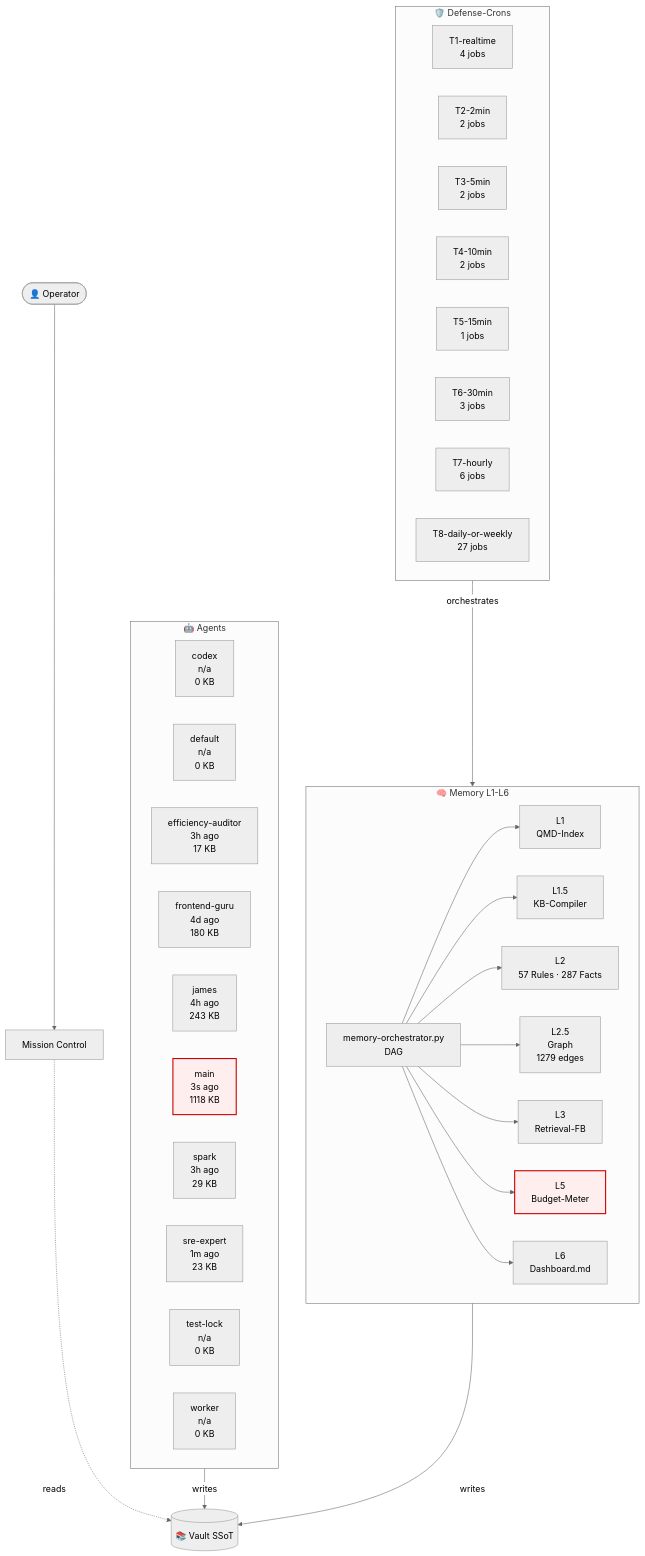
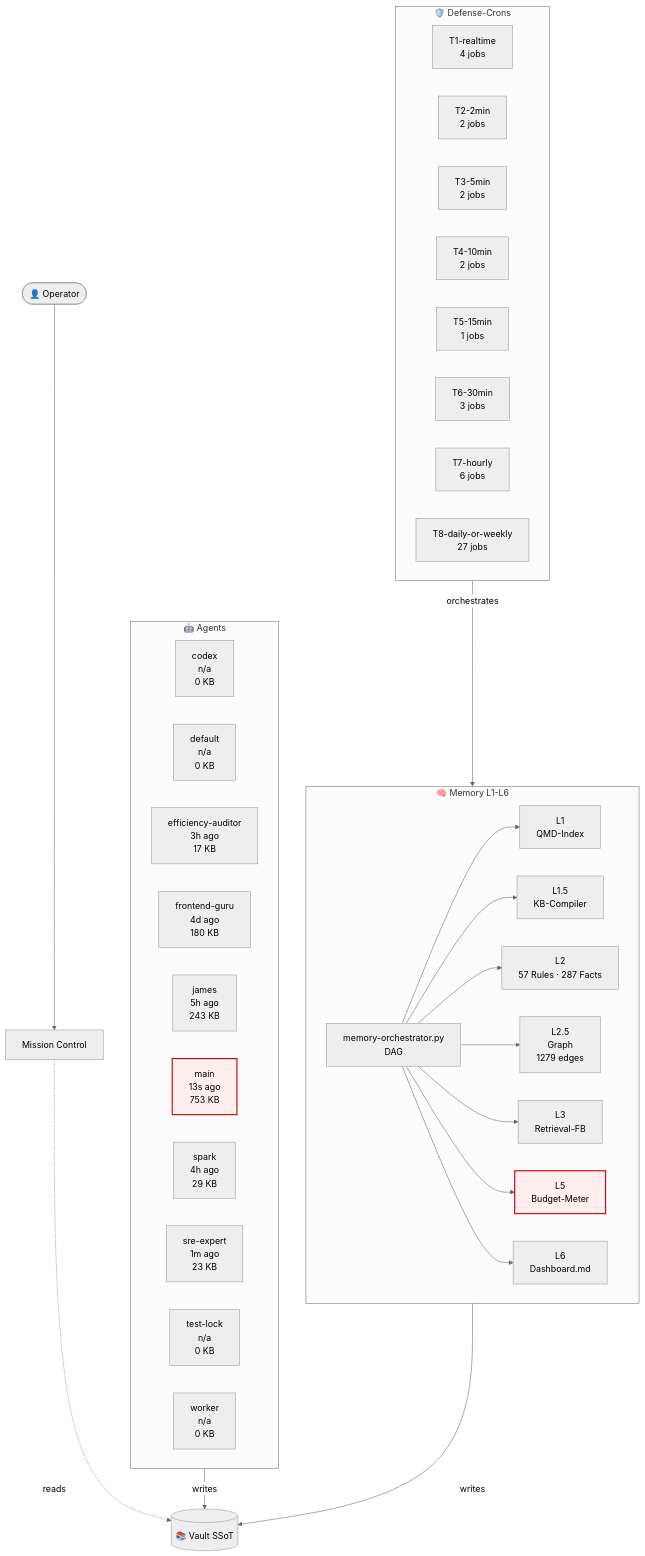
One commit to lenardhuebner88-rgb/openclaw-memory changed the diagram in 03-Agents/architecture-live.md. Above: the diagram before and after it, drawn with Mermaid (neutral theme). The commit also changed other lines of this file and 21 other files, not shown here.

````diff
--- a/03-Agents/architecture-live.md
+++ b/03-Agents/architecture-live.md
@@ -18,53 +18,53 @@
 ```mermaid
 flowchart TB
     classDef critical fill:#fee,stroke:#c00,stroke-width:2px;
     subgraph AGT["🤖 Agents"]
         agent_codex["codex<br/>n/a<br/>0 KB"]
         agent_default["default<br/>n/a<br/>0 KB"]
         agent_efficiency_auditor["efficiency-auditor<br/>3h ago<br/>17 KB"]
         agent_frontend_guru["frontend-guru<br/>4d ago<br/>180 KB"]
-        agent_james["james<br/>4h ago<br/>243 KB"]
-        agent_main["main<br/>3s ago<br/>1118 KB"]
-        agent_spark["spark<br/>3h ago<br/>29 KB"]
+        agent_james["james<br/>5h ago<br/>243 KB"]
+        agent_main["main<br/>13s ago<br/>753 KB"]
+        agent_spark["spark<br/>4h ago<br/>29 KB"]
         agent_sre_expert["sre-expert<br/>1m ago<br/>23 KB"]
         agent_test_lock["test-lock<br/>n/a<br/>0 KB"]
         agent_worker["worker<br/>n/a<br/>0 KB"]
     end
     subgraph MEM["🧠 Memory L1-L6"]
         L1["L1<br/>QMD-Index"]
         L15["L1.5<br/>KB-Compiler"]
         L2["L2<br/>57 Rules · 287 Facts"]
         L25["L2.5<br/>Graph<br/>1279 edges"]
         L3["L3<br/>Retrieval-FB"]
         L5["L5<br/>Budget-Meter"]
         L6["L6<br/>Dashboard.md"]
         ORCH["memory-orchestrator.py<br/>DAG"]
     end
     subgraph CRN["🛡️ Defense-Crons"]
         tier_T1_realtime["T1-realtime<br/>4 jobs"]
         tier_T2_2min["T2-2min<br/>2 jobs"]
         tier_T3_5min["T3-5min<br/>2 jobs"]
         tier_T4_10min["T4-10min<br/>2 jobs"]
         tier_T5_15min["T5-15min<br/>1 jobs"]
         tier_T6_30min["T6-30min<br/>3 jobs"]
         tier_T7_hourly["T7-hourly<br/>6 jobs"]
         tier_T8_daily_or_weekly["T8-daily-or-weekly<br/>27 jobs"]
     end
     VAULT[("📚 Vault SSoT")]
     OP([👤 Operator])
     MC["Mission Control"]
     OP --> MC
     MC -.reads.-> VAULT
     AGT -->|writes| VAULT
     MEM -->|writes| VAULT
     ORCH --> L1
     ORCH --> L15
     ORCH --> L2
     ORCH --> L25
     ORCH --> L3
     ORCH --> L5
     ORCH --> L6
     CRN -->|orchestrates| MEM
     class L5 critical
     class agent_main critical
 ```
````
